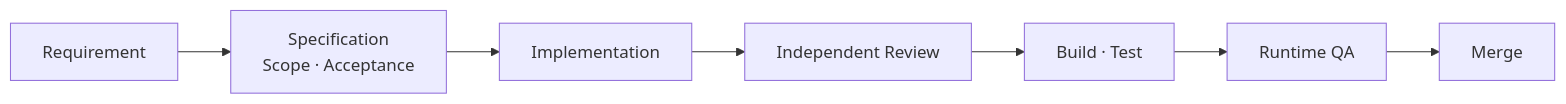
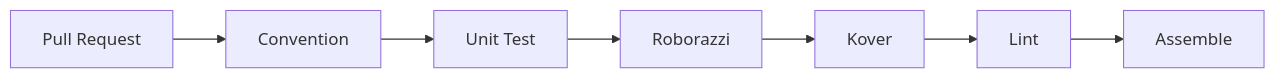
One commit to Central-MakeUs/Rodi-Android changed the ninth of 9 diagrams in README.md. Above: the diagram before and after it, drawn with Mermaid. The commit also changed other lines of this file, not shown here.

````diff
--- a/README.md
+++ b/README.md
@@ -475,12 +503,12 @@
 ```mermaid
 flowchart LR
-    R["Requirement"]
-    S["Specification<br/>Scope · Acceptance"]
-    I["Implementation"]
-    V["Independent Review"]
-    T["Build · Test"]
-    Q["Runtime QA"]
-    M["Merge"]
+    PR["Pull Request"]
+    C["Convention"]
+    T["Unit Test"]
+    R["Roborazzi"]
+    K["Kover"]
+    L["Lint"]
+    B["Assemble"]
 
-    R --> S --> I --> V --> T --> Q --> M
+    PR --> C --> T --> R --> K --> L --> B
 ```
````
